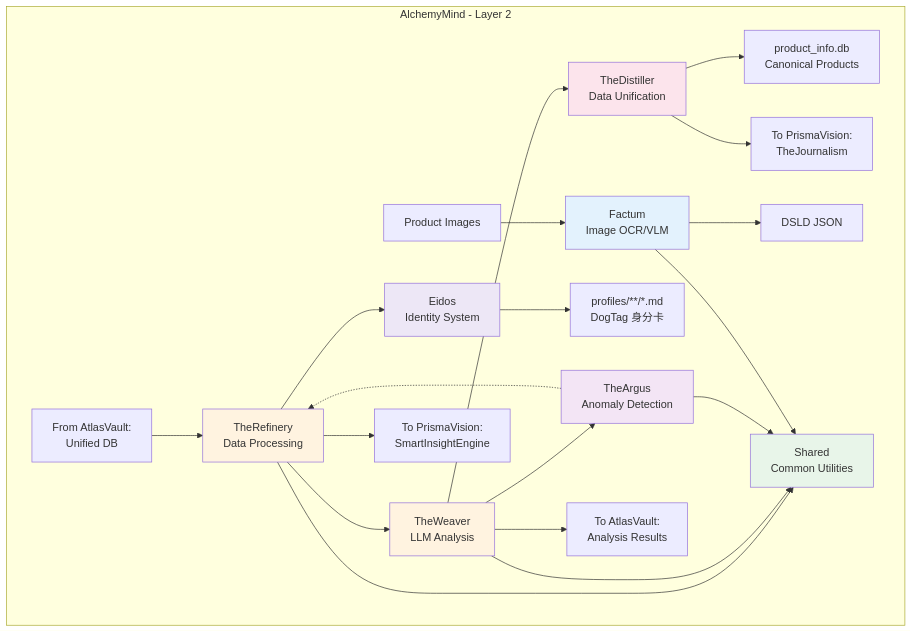
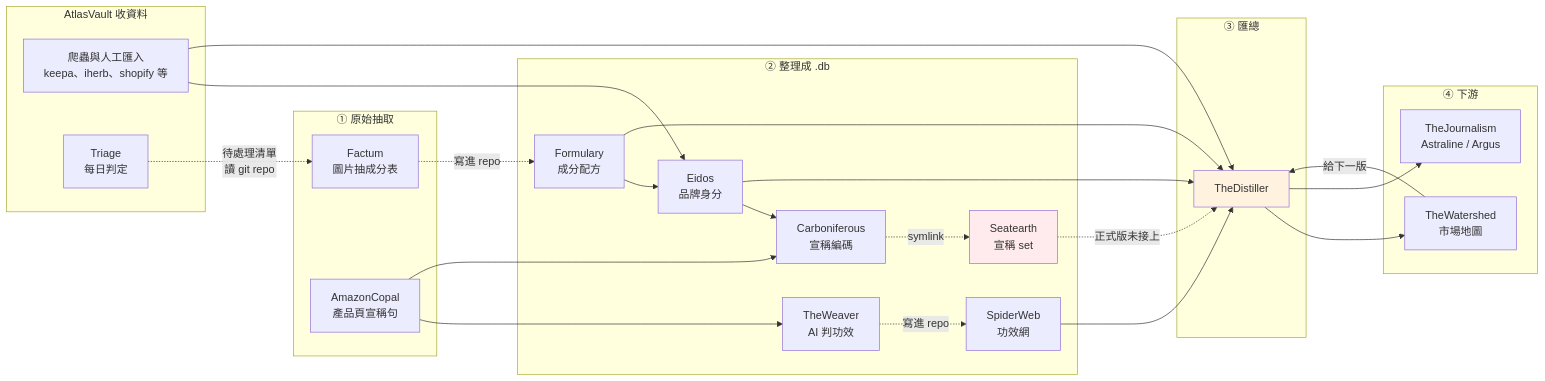
The diagram in projects/alchemymind/00_overview.md (mapleelpam/LuminNexus-LearningMap), drawn with Mermaid before and after one commit. The commit also changed other lines of this file, not shown here.

First line of the commit message:
docs: AlchemyMind 概覽重整為入口頁（全景圖、子系統一覽、已退場系統）(v2.0)

````diff
--- a/projects/alchemymind/00_overview.md
+++ b/projects/alchemymind/00_overview.md
@@ -54,46 +50,47 @@
 ```mermaid
-graph TB
-    subgraph "AlchemyMind - Layer 2"
-        IN[From AtlasVault:<br/>Unified DB]
-        IMG[Product Images]
-
-        R[TheRefinery<br/>Data Processing]
-        W[TheWeaver<br/>LLM Analysis]
-        A[TheArgus<br/>Anomaly Detection]
-        D[TheDistiller<br/>Data Unification]
-        F[Factum<br/>Image OCR/VLM]
-        E[Eidos<br/>Identity System]
-        S[Shared<br/>Common Utilities]
-
-        IN --> R
-        R --> W
-        W --> A
-        A -.-> R
-
-        W --> D
-        D --> PDB[product_info.db<br/>Canonical Products]
-        D --> OUT3[To PrismaVision:<br/>TheJournalism]
-
-        R --> E
-        E --> DT[profiles/**/*.md<br/>DogTag 身分卡]
-
-        IMG --> F
-        F --> DSLD[DSLD JSON]
-
-        R --> S
-        W --> S
-        A --> S
-        F --> S
-
-        W --> OUT1[To AtlasVault:<br/>Analysis Results]
-        R --> OUT2[To PrismaVision:<br/>SmartInsightEngine]
+graph LR
+    subgraph S0[AtlasVault 收資料]
+        AV[爬蟲與人工匯入<br/>keepa、iherb、shopify 等]
+        TR[Triage<br/>每日判定]
+    end
+    subgraph S1[① 原始抽取]
+        FA[Factum<br/>圖片抽成分表]
+        CO[AmazonCopal<br/>產品頁宣稱句]
+    end
+    subgraph S2[② 整理成 .db]
+        FO[Formulary<br/>成分配方]
+        EI[Eidos<br/>品牌身分]
+        WE[TheWeaver<br/>AI 判功效]
+        SW[SpiderWeb<br/>功效網]
+        CA[Carboniferous<br/>宣稱編碼]
+        SE[Seatearth<br/>宣稱 set]
+    end
+    subgraph S3[③ 匯總]
+        DI[TheDistiller]
+    end
+    subgraph S4[④ 下游]
+        WA[TheWatershed<br/>市場地圖]
+        DOWN[TheJournalism<br/>Astraline / Argus]
     end
 
-    style R fill:#fff3e0
-    style W fill:#fff3e0
-    style A fill:#f3e5f5
-    style D fill:#fce4ec
-    style F fill:#e3f2fd
-    style E fill:#ede7f6
-    style S fill:#e8f5e9
+    TR -.->|待處理清單<br/>讀 git repo| FA
+    FA -.->|寫進 repo| FO
+    WE -.->|寫進 repo| SW
+    CO --> WE
+    CO --> CA
+    AV --> EI
+    FO --> EI
+    EI --> CA
+    CA -.->|symlink| SE
+    AV --> DI
+    FO --> DI
+    EI --> DI
+    SW --> DI
+    SE -.->|正式版未接上| DI
+    DI --> WA
+    WA -->|給下一版| DI
+    DI --> DOWN
+
+    style DI fill:#fff3e0
+    style SE fill:#ffebee
 ```
````
